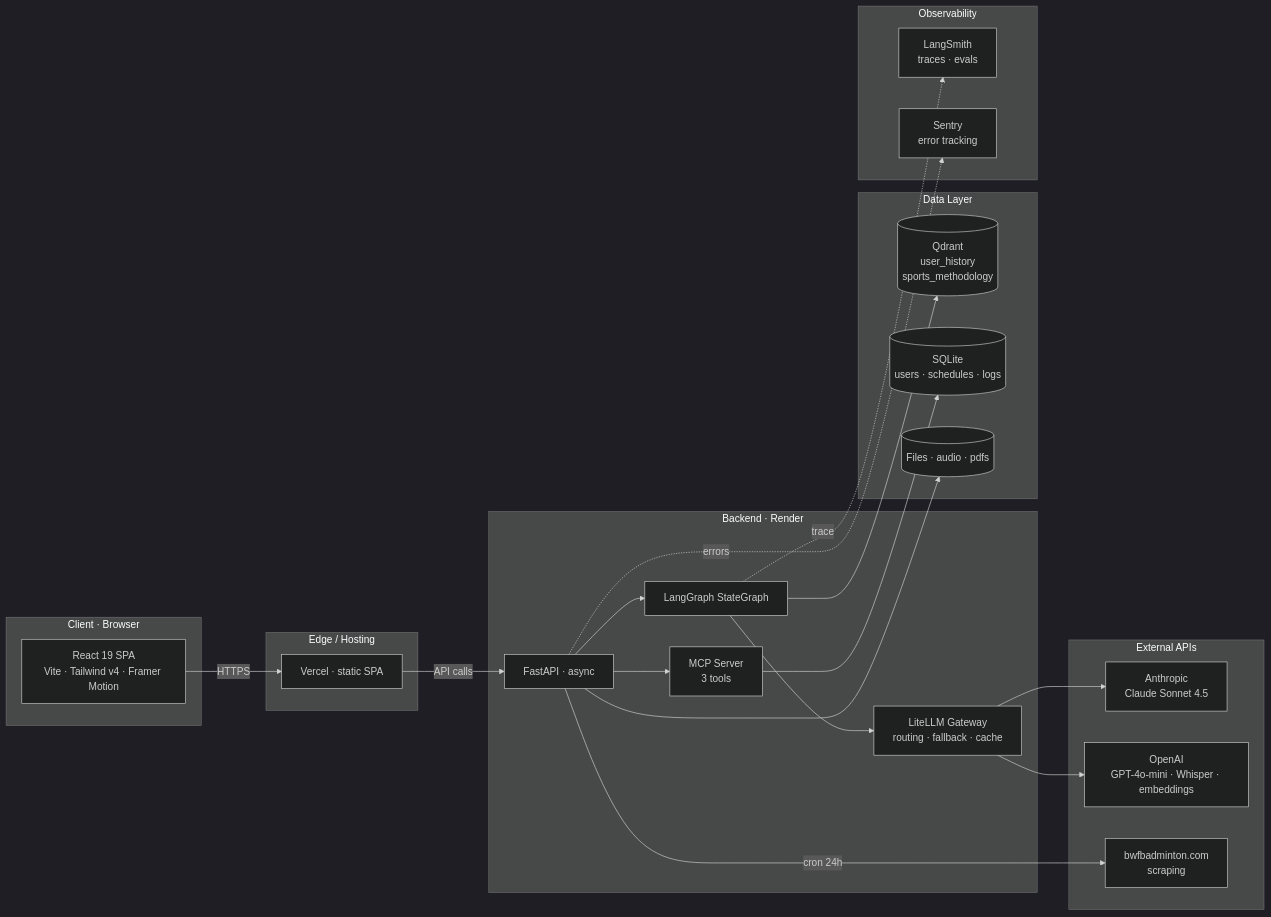
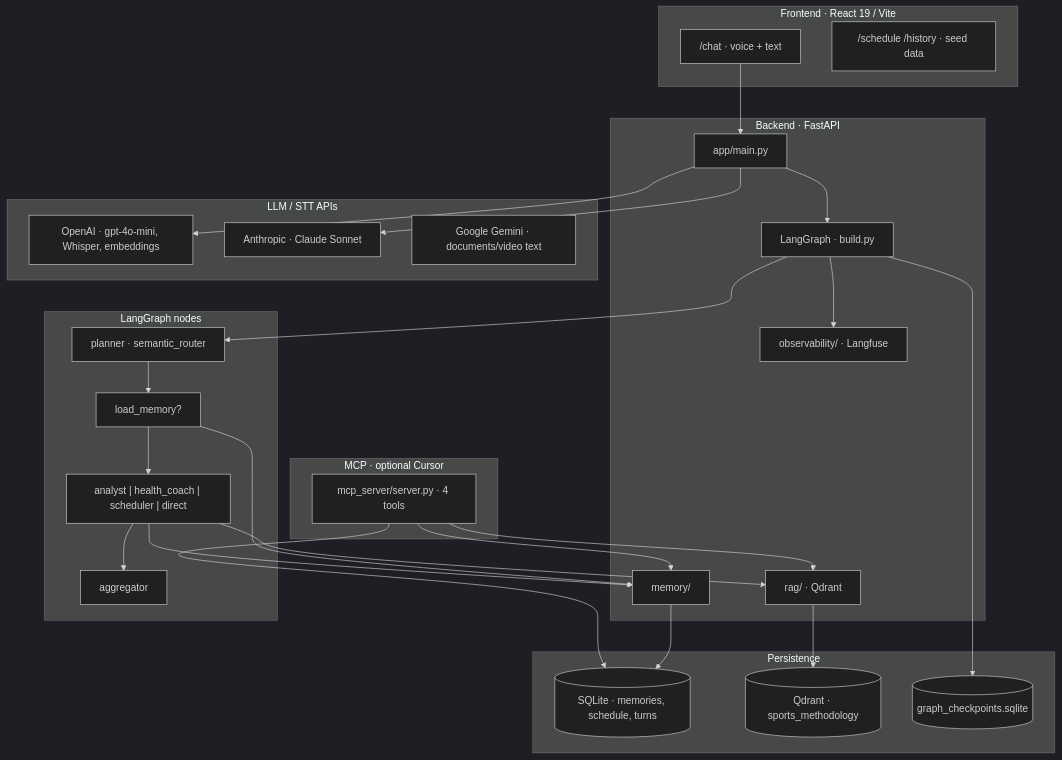
Before and after one commit to saltuwwa/AthleteCore-Badminton: the first of 6 diagrams in ARCHITECTURE.md, drawn with Mermaid (dark theme). The commit also changed other lines of this file and 149 other files, not shown here.

Commit message:
LLM Engineer MVP: LangGraph, memory, RAG, MCP, Langfuse v4, docs, defense UI.Hybrid guardrails, safety evals, document/video pipelines, and course documentation.

````diff
--- a/ARCHITECTURE.md
+++ b/ARCHITECTURE.md
@@ -10,48 +10,52 @@
 ```mermaid
-flowchart LR
-    subgraph Client["Client · Browser"]
-        UI["React 19 SPA<br/>Vite · Tailwind v4 · Framer Motion"]
+flowchart TB
+    subgraph Client["Frontend · React 19 / Vite"]
+        Chat["/chat · voice + text"]
+        MockUI["/schedule /history · seed data"]
     end
 
-    subgraph Edge["Edge / Hosting"]
-        Vercel["Vercel · static SPA"]
+    subgraph API["Backend · FastAPI"]
+        Main["app/main.py"]
+        Graph["LangGraph · build.py"]
+        Mem["memory/"]
+        RAG["rag/ · Qdrant"]
+        Obs["observability/ · Langfuse"]
     end
 
-    subgraph Backend["Backend · Render"]
-        API["FastAPI · async"]
-        Gateway["LiteLLM Gateway<br/>routing · fallback · cache"]
-        Graph["LangGraph StateGraph"]
-        MCP["MCP Server<br/>3 tools"]
+    subgraph Agents["LangGraph nodes"]
+        Planner["planner · semantic_router"]
+        LoadMem["load_memory?"]
+        Spec["analyst | health_coach | scheduler | direct"]
+        Agg["aggregator"]
     end
 
-    subgraph Data["Data Layer"]
-        Qdrant[("Qdrant<br/>user_history<br/>sports_methodology")]
-        SQLite[("SQLite<br/>users · schedules · logs")]
-        Files[("Files · audio · pdfs")]
+    subgraph Data["Persistence"]
+        SQLite[("SQLite · memories, schedule, turns")]
+        Qdrant[("Qdrant · sports_methodology")]
+        CKPT[("graph_checkpoints.sqlite")]
     end
 
-    subgraph External["External APIs"]
-        Anthropic["Anthropic<br/>Claude Sonnet 4.5"]
-        OpenAI["OpenAI<br/>GPT-4o-mini · Whisper · embeddings"]
-        BWF["bwfbadminton.com<br/>scraping"]
+    subgraph External["LLM / STT APIs"]
+        OpenAI["OpenAI · gpt-4o-mini, Whisper, embeddings"]
+        Anthropic["Anthropic · Claude Sonnet"]
+        Gemini["Google Gemini · documents/video text"]
     end
 
-    subgraph Observability
-        LangSmith["LangSmith<br/>traces · evals"]
-        Sentry["Sentry<br/>error tracking"]
+    subgraph MCP["MCP · optional Cursor"]
+        MCPSrv["mcp_server/server.py · 4 tools"]
     end
 
-    UI -->|HTTPS| Vercel
-    Vercel -->|API calls| API
-    API --> Graph
-    API --> MCP
-    Graph --> Gateway
-    Gateway --> Anthropic
-    Gateway --> OpenAI
-    Graph --> Qdrant
-    MCP --> SQLite
-    API --> Files
-    API -->|cron 24h| BWF
-    Graph -.->|trace| LangSmith
-    API -.->|errors| Sentry
+    Chat --> Main
+    Main --> Graph
+    Graph --> Planner --> LoadMem --> Spec --> Agg
+    LoadMem --> Mem --> SQLite
+    Spec --> RAG --> Qdrant
+    Spec --> Mem
+    Graph --> Obs
+    Main --> OpenAI
+    Main --> Anthropic
+    Graph --> CKPT
+    MCPSrv --> Mem
+    MCPSrv --> RAG
+    MCPSrv --> SQLite
 ```
````
